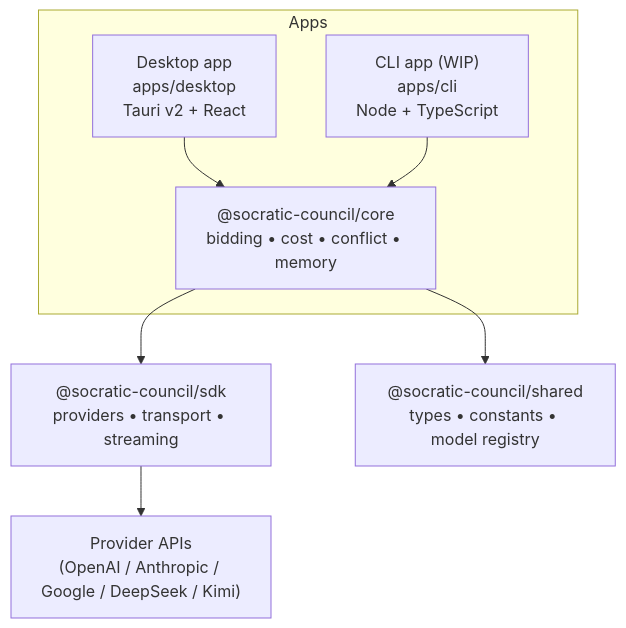
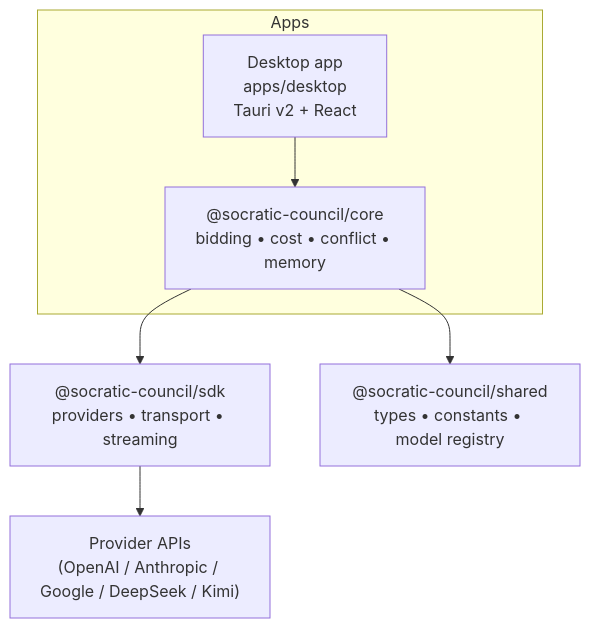
One commit to richer-richard/socratic-council changed the first of 3 diagrams in README.md. Above: the diagram before and after it, drawn with Mermaid. The commit also changed other lines of this file and 32 other files, not shown here.

````diff
--- a/README.md
+++ b/README.md
@@ -481,11 +480,10 @@
 ```mermaid
 flowchart TB
   subgraph Apps["Apps"]
     Desktop["Desktop app\napps/desktop\nTauri v2 + React"] --> Core
-    CLI["CLI app (WIP)\napps/cli\nNode + TypeScript"] --> Core
   end
 
   Core["@socratic-council/core\nbidding • cost • conflict • memory"] --> SDK["@socratic-council/sdk\nproviders • transport • streaming"]
   Core --> Shared["@socratic-council/shared\ntypes • constants • model registry"]
   SDK --> Providers["Provider APIs\n(OpenAI / Anthropic / Google / DeepSeek / Kimi)"]
 ```
````
